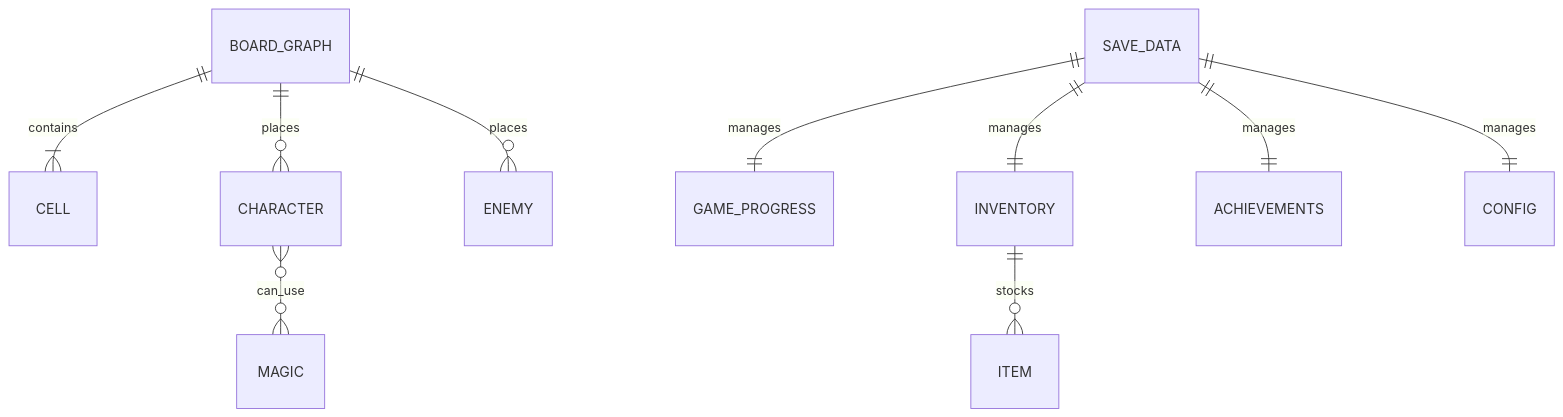
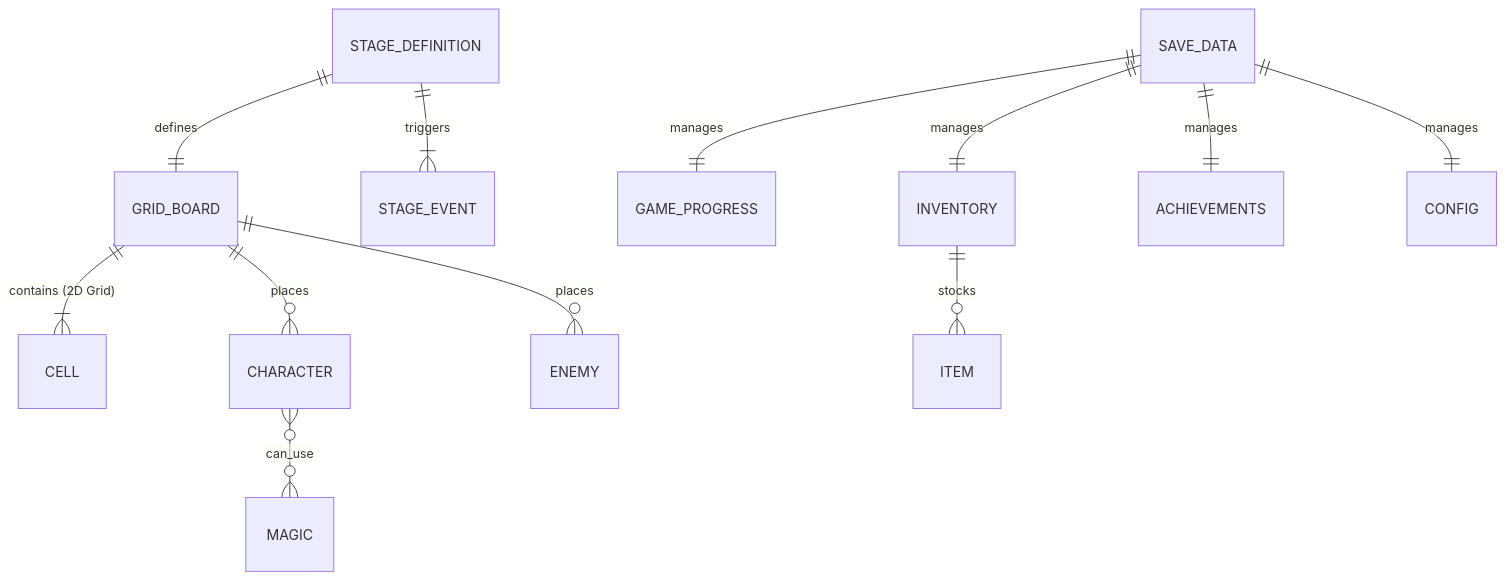
One commit to mkf58/sugoroku_dassyutu changed the diagram in 基本設計/データ構造_および_モデル設計書.md. Above: the diagram before and after it, drawn with Mermaid. The commit also changed other lines of this file and 1 other file, not shown here.

````diff
--- a/基本設計/データ構造_および_モデル設計書.md
+++ b/基本設計/データ構造_および_モデル設計書.md
@@ -9,15 +9,18 @@
 ```mermaid
 erDiagram
-    BOARD_GRAPH ||--|{ CELL : "contains"
-    BOARD_GRAPH ||--o{ CHARACTER : "places"
-    BOARD_GRAPH ||--o{ ENEMY : "places"
+    GRID_BOARD ||--|{ CELL : "contains (2D Grid)"
+    GRID_BOARD ||--o{ CHARACTER : "places"
+    GRID_BOARD ||--o{ ENEMY : "places"
     
     CHARACTER }o--o{ MAGIC : "can_use"
+    
+    STAGE_DEFINITION ||--|| GRID_BOARD : "defines"
+    STAGE_DEFINITION ||--|{ STAGE_EVENT : "triggers"
     
     SAVE_DATA ||--|| GAME_PROGRESS : "manages"
     SAVE_DATA ||--|| INVENTORY : "manages"
     SAVE_DATA ||--|| ACHIEVEMENTS : "manages"
     SAVE_DATA ||--|| CONFIG : "manages"
 
     INVENTORY ||--o{ ITEM : "stocks"
 ```
````
